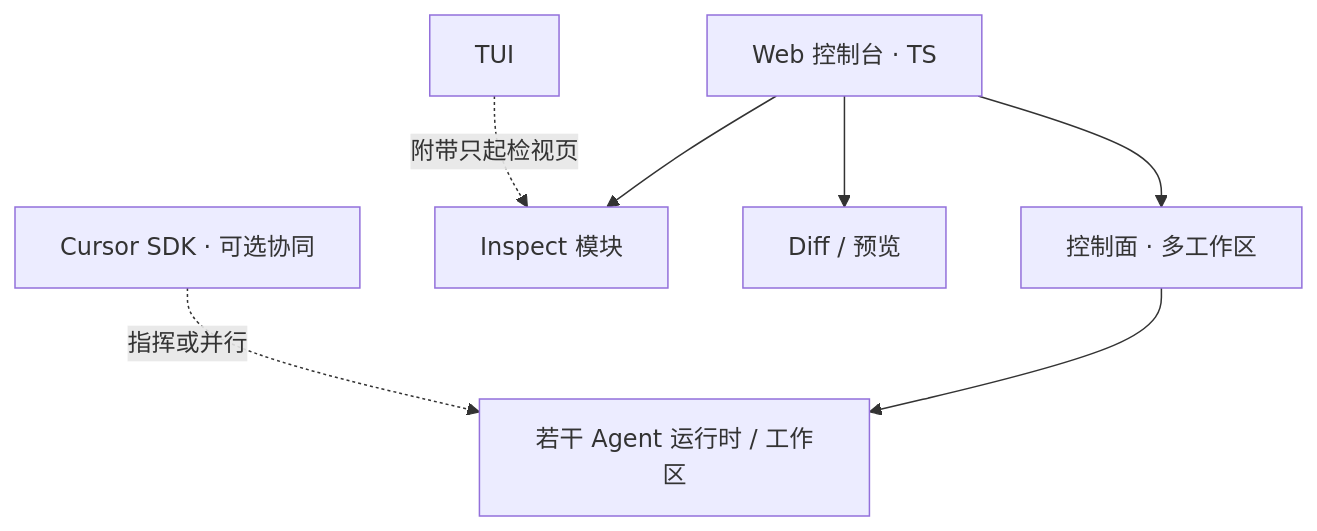
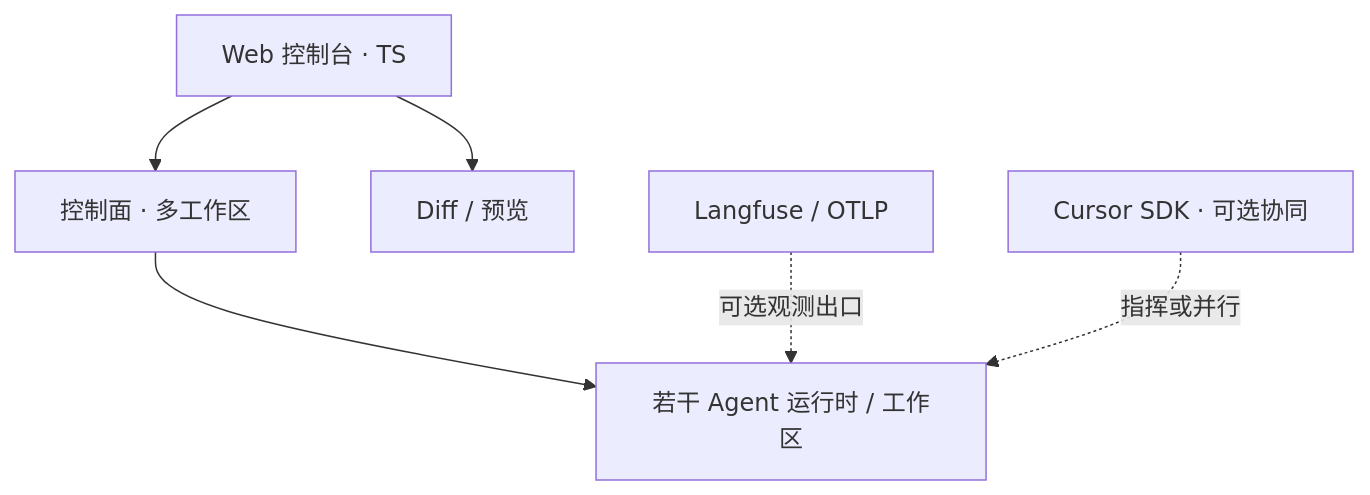
One commit to StrayDragon/xylitol changed the diagram in docs/roadmaps/Cloud-Agent与Web控制台.md. Above: the diagram before and after it, drawn with Mermaid. The commit also changed other lines of this file and 33 other files, not shown here.

First line of the commit message:
docs(sdd): propose OTLP export and replace Inspect with Langfuse track

````diff
--- a/docs/roadmaps/Cloud-Agent与Web控制台.md
+++ b/docs/roadmaps/Cloud-Agent与Web控制台.md
@@ -19,9 +19,8 @@
 ```mermaid
 flowchart TB
   Web["Web 控制台 · TS"] --> Orch["控制面 · 多工作区"]
   Orch --> Agents["若干 Agent 运行时 / 工作区"]
-  Web --> Inspect["Inspect 模块"]
   Web --> Review["Diff / 预览"]
+  Obs["Langfuse / OTLP"] -.->|可选观测出口| Agents
   Cursor["Cursor SDK · 可选协同"] -.->|指挥或并行| Agents
-  TUI["TUI"] -.->|附带只起检视页| Inspect
 ```
````
